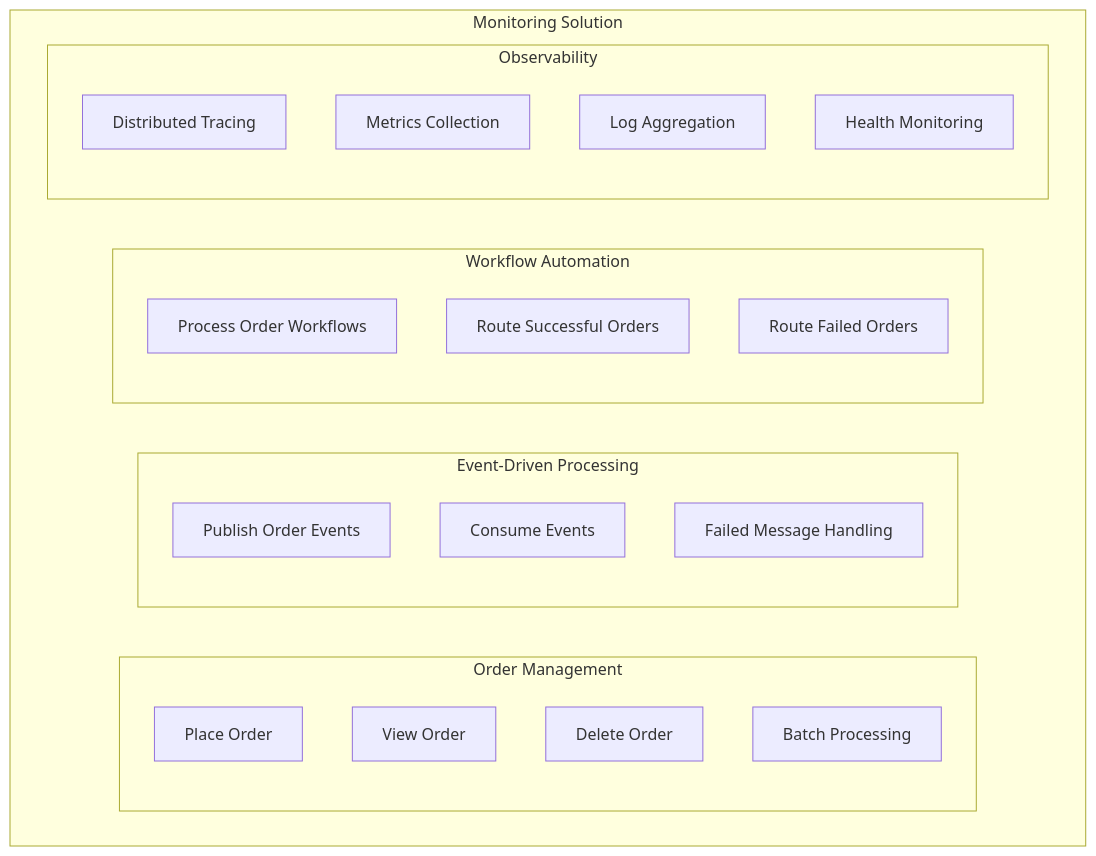
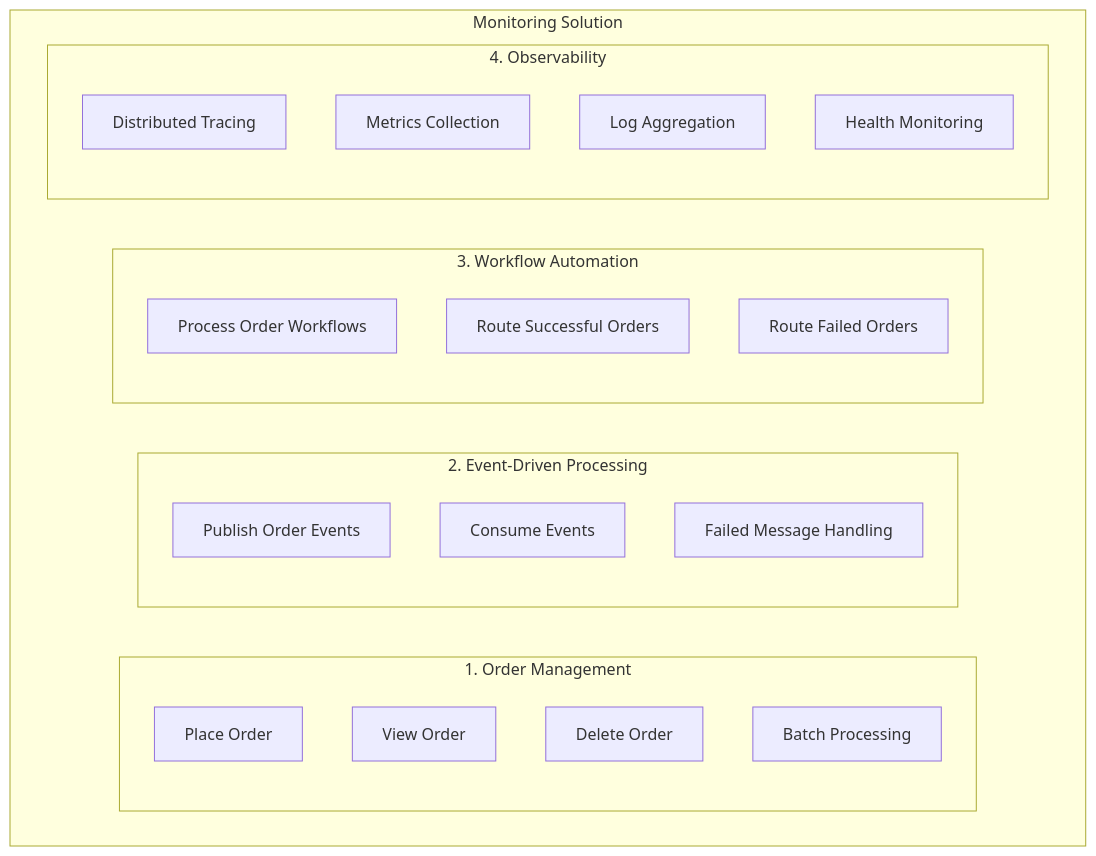
One commit to Evilazaro/Azure-LogicApps-Monitoring changed the first of 11 diagrams in docs/SolutionArchitecture.md. Above: the diagram before and after it, drawn with Mermaid. The commit also changed other lines of this file, not shown here.

Commit message:
Refactor architecture documentation to enhance clarity in capability domain mapping and subgraph naming in SolutionArchitecture.md

````diff
--- a/docs/SolutionArchitecture.md
+++ b/docs/SolutionArchitecture.md
@@ -70,30 +70,30 @@
 ```mermaid
 flowchart TD
     subgraph Enterprise["Monitoring Solution"]
-        subgraph OrderMgmt["Order Management"]
+        subgraph L1_OrderMgmt["1. Order Management"]
             PlaceOrder["Place Order"]
             ViewOrder["View Order"]
             DeleteOrder["Delete Order"]
             BatchProcess["Batch Processing"]
         end
         
-        subgraph EventProcessing["Event-Driven Processing"]
+        subgraph L2_EventProcessing["2. Event-Driven Processing"]
             PublishEvents["Publish Order Events"]
             ConsumeEvents["Consume Events"]
             DeadLetterMgmt["Failed Message Handling"]
         end
         
-        subgraph WorkflowAutomation["Workflow Automation"]
+        subgraph L3_WorkflowAutomation["3. Workflow Automation"]
             ProcessOrders["Process Order Workflows"]
             RouteSuccess["Route Successful Orders"]
             RouteErrors["Route Failed Orders"]
         end
         
-        subgraph Observability["Observability"]
+        subgraph L4_Observability["4. Observability"]
             DistributedTracing["Distributed Tracing"]
             MetricsCollection["Metrics Collection"]
             LogAggregation["Log Aggregation"]
             HealthMonitoring["Health Monitoring"]
         end
     end
 ```
````
